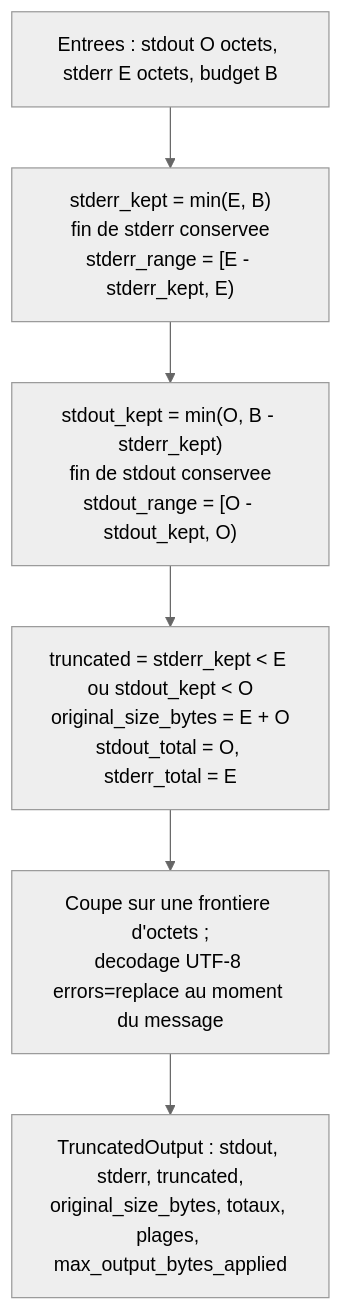
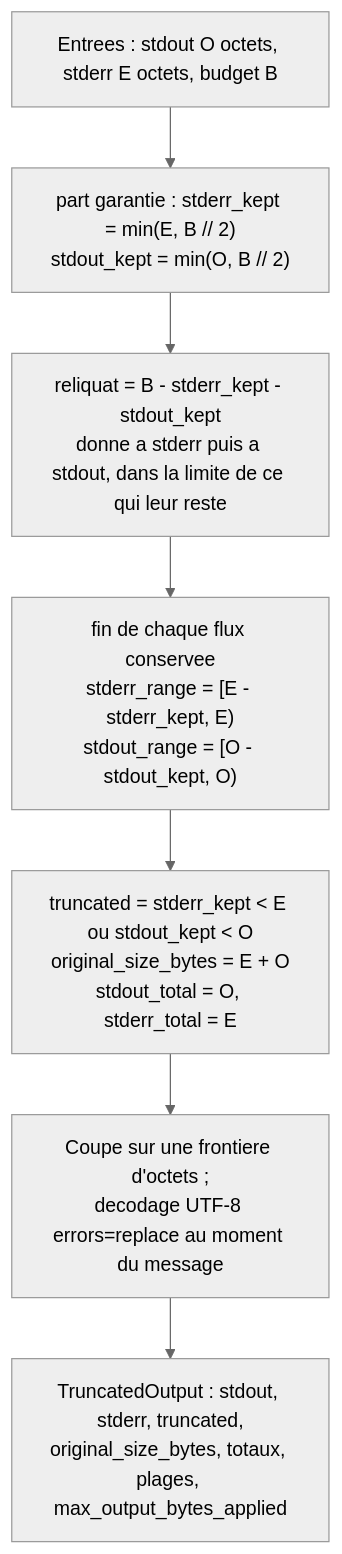
The sixth of 7 diagrams in docs/architecture/03-execution-model.md (moabidi91/agentic-local-app), drawn with Mermaid (neutral theme) before and after one commit. The commit also changed other lines of this file and 49 other files, not shown here.

````diff
--- a/docs/architecture/03-execution-model.md
+++ b/docs/architecture/03-execution-model.md
@@ -243,8 +253,9 @@
 ```mermaid
 flowchart TD
-    A["Entrees : stdout O octets, stderr E octets, budget B"] --> S1["stderr_kept = min(E, B)<br/>fin de stderr conservee<br/>stderr_range = [E - stderr_kept, E)"]
-    S1 --> S2["stdout_kept = min(O, B - stderr_kept)<br/>fin de stdout conservee<br/>stdout_range = [O - stdout_kept, O)"]
-    S2 --> S3["truncated = stderr_kept < E ou stdout_kept < O<br/>original_size_bytes = E + O<br/>stdout_total = O, stderr_total = E"]
-    S3 --> S4["Coupe sur une frontiere d'octets ;<br/>decodage UTF-8 errors=replace au moment du message"]
-    S4 --> OUT["TruncatedOutput : stdout, stderr, truncated,<br/>original_size_bytes, totaux, plages, max_output_bytes_applied"]
+    A["Entrees : stdout O octets, stderr E octets, budget B"] --> S1["part garantie : stderr_kept = min(E, B // 2)<br/>stdout_kept = min(O, B // 2)"]
+    S1 --> S2["reliquat = B - stderr_kept - stdout_kept<br/>donne a stderr puis a stdout, dans la limite de ce qui leur reste"]
+    S2 --> S3["fin de chaque flux conservee<br/>stderr_range = [E - stderr_kept, E)<br/>stdout_range = [O - stdout_kept, O)"]
+    S3 --> S4["truncated = stderr_kept < E ou stdout_kept < O<br/>original_size_bytes = E + O<br/>stdout_total = O, stderr_total = E"]
+    S4 --> S5["Coupe sur une frontiere d'octets ;<br/>decodage UTF-8 errors=replace au moment du message"]
+    S5 --> OUT["TruncatedOutput : stdout, stderr, truncated,<br/>original_size_bytes, totaux, plages, max_output_bytes_applied"]
 ```
````
